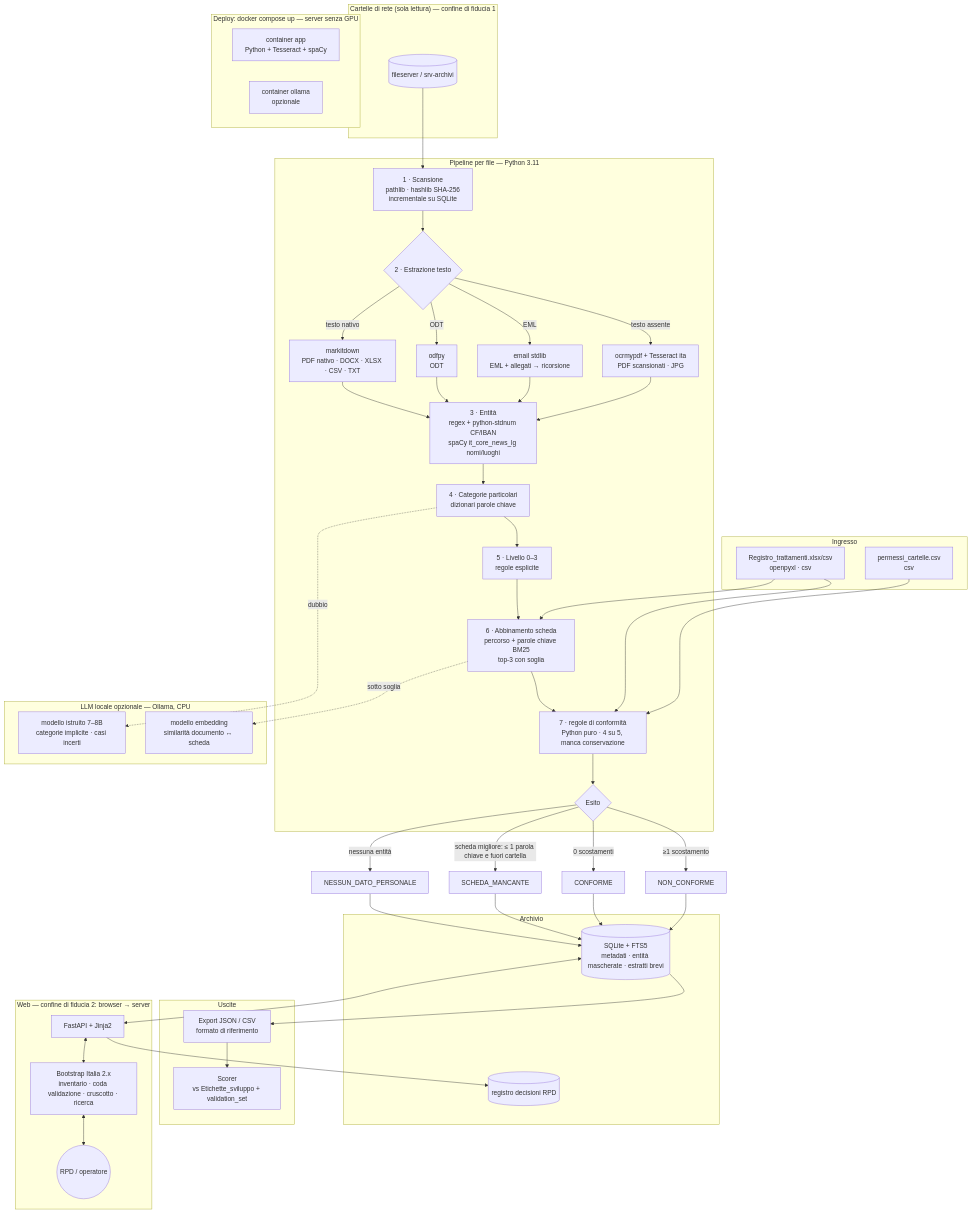
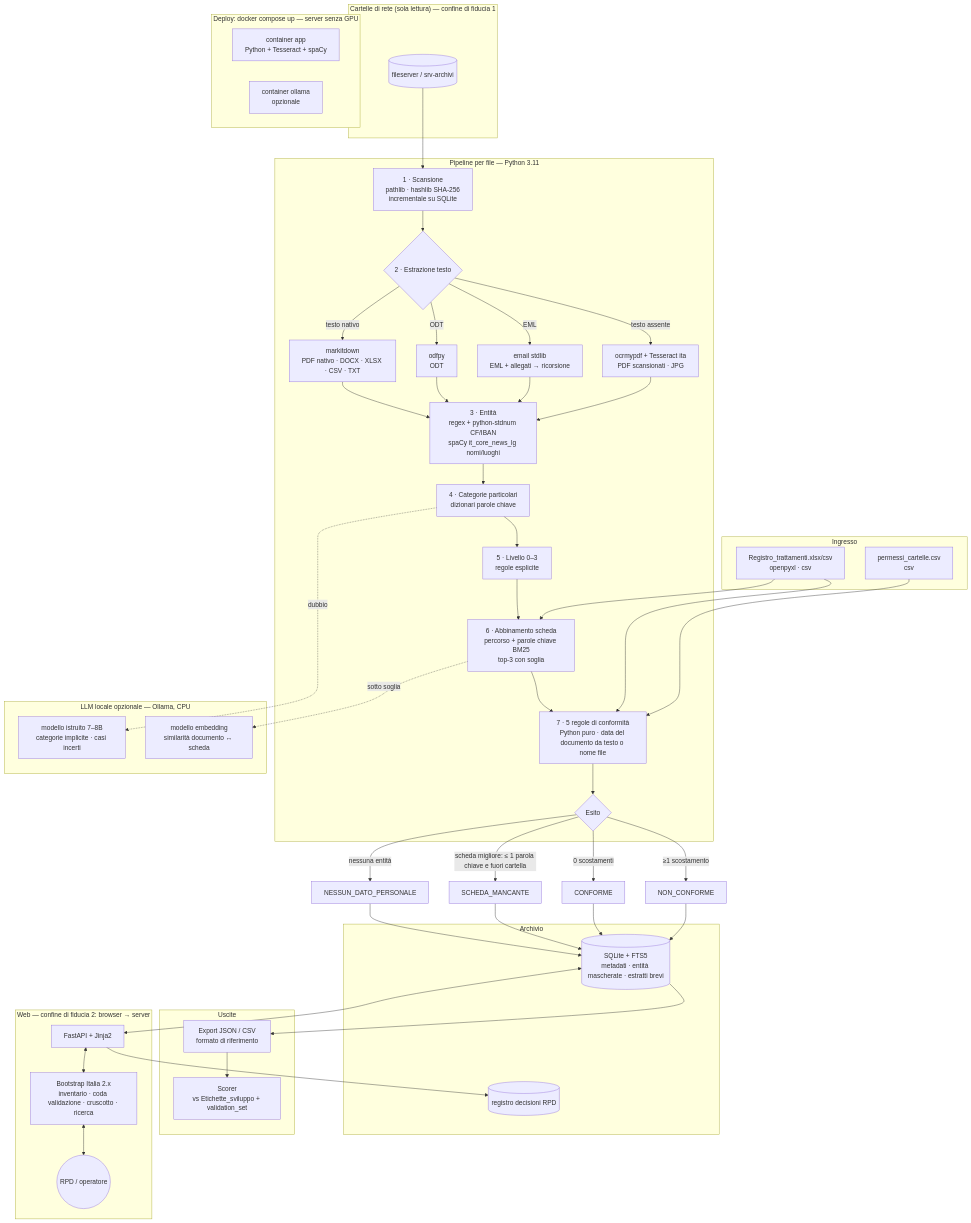
The second of 2 diagrams in docs/flussi.md (sergiovzambelli/dago-data-governance), drawn with Mermaid before and after one commit. The commit also changed 11 other files, not shown here.

First line of the commit message:
feat: regola CONSERVAZIONE_SCADUTA con la data del documento

````diff
--- a/docs/flussi.md
+++ b/docs/flussi.md
@@ -24,72 +24,72 @@
 ```mermaid
 flowchart TB
     subgraph SRC["Cartelle di rete (sola lettura) — confine di fiducia 1"]
         FS[(fileserver / srv-archivi)]
     end
 
     subgraph IN["Ingresso"]
         REG[Registro_trattamenti.xlsx/csv<br/>openpyxl · csv]
         PERM[permessi_cartelle.csv<br/>csv]
     end
 
     subgraph PIPE["Pipeline per file — Python 3.11"]
         SCAN[1 · Scansione<br/>pathlib · hashlib SHA-256<br/>incrementale su SQLite]
         EXT{2 · Estrazione testo}
         MD[markitdown<br/>PDF nativo · DOCX · XLSX · CSV · TXT]
         ODT[odfpy<br/>ODT]
         EML[email stdlib<br/>EML + allegati → ricorsione]
         OCR[ocrmypdf + Tesseract ita<br/>PDF scansionati · JPG]
         ENT[3 · Entità<br/>regex + python-stdnum CF/IBAN<br/>spaCy it_core_news_lg nomi/luoghi]
         CAT[4 · Categorie particolari<br/>dizionari parole chiave]
         LVL[5 · Livello 0–3<br/>regole esplicite]
         MATCH[6 · Abbinamento scheda<br/>percorso + parole chiave BM25<br/>top-3 con soglia]
-        RULES[7 · regole di conformità<br/>Python puro · 4 su 5, manca conservazione]
+        RULES[7 · 5 regole di conformità<br/>Python puro · data del documento da testo o nome file]
         ESITO{Esito}
     end
 
     subgraph LLM["LLM locale opzionale — Ollama, CPU"]
         GEN[modello istruito 7–8B<br/>categorie implicite · casi incerti]
         EMB[modello embedding<br/>similarità documento ↔ scheda]
     end
 
     subgraph STORE["Archivio"]
         DB[(SQLite + FTS5<br/>metadati · entità mascherate · estratti brevi)]
         LOG[(registro decisioni RPD)]
     end
 
     subgraph OUT["Uscite"]
         JSON[Export JSON / CSV<br/>formato di riferimento]
         SCORE[Scorer<br/>vs Etichette_sviluppo + validation_set]
     end
 
     subgraph WEB["Web — confine di fiducia 2: browser → server"]
         API[FastAPI + Jinja2]
         UI[Bootstrap Italia 2.x<br/>inventario · coda validazione · cruscotto · ricerca]
         RPD((RPD / operatore))
     end
 
     FS --> SCAN --> EXT
     EXT -->|testo nativo| MD
     EXT -->|ODT| ODT
     EXT -->|EML| EML
     EXT -->|testo assente| OCR
     MD & ODT & EML & OCR --> ENT --> CAT --> LVL --> MATCH --> RULES --> ESITO
     CAT -. dubbio .-> GEN
     MATCH -. sotto soglia .-> EMB
     REG --> MATCH
     REG --> RULES
     PERM --> RULES
     ESITO -->|nessuna entità| E0[NESSUN_DATO_PERSONALE]
     ESITO -->|scheda migliore: ≤ 1 parola chiave e fuori cartella| E1[SCHEDA_MANCANTE]
     ESITO -->|0 scostamenti| E2[CONFORME]
     ESITO -->|≥1 scostamento| E3[NON_CONFORME]
     E0 & E1 & E2 & E3 --> DB
     DB --> JSON --> SCORE
     DB <--> API <--> UI <--> RPD
     API --> LOG
 
     subgraph DEP["Deploy: docker compose up — server senza GPU"]
         C1[container app<br/>Python + Tesseract + spaCy]
         C2[container ollama<br/>opzionale]
     end
 ```
````
